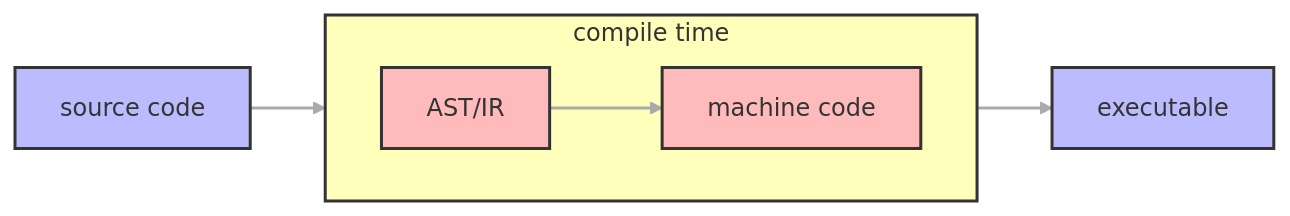
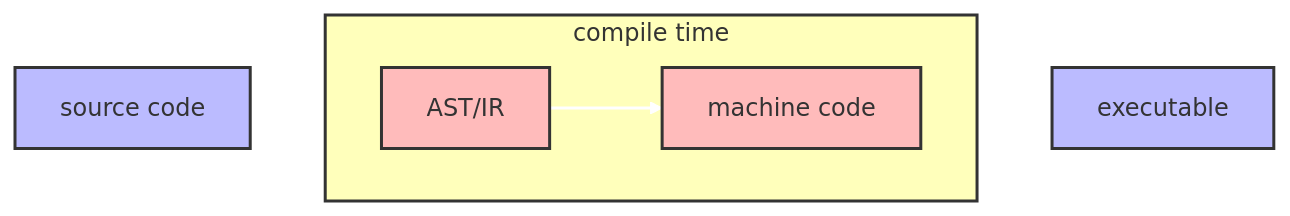
Before and after one commit to hannahkm/fosdem-2026: the eighth of 11 diagrams in presentation.md, drawn with Mermaid. The commit also changed other lines of this file and 6 other files, not shown here.

````diff
--- a/presentation.md
+++ b/presentation.md
@@ -913,16 +915,16 @@
 ```mermaid
 graph LR
     A[source code] --> B
     subgraph B[compile time]
         direction LR
         C[AST/IR] --> D[machine code]
     end
     B --> F[executable]
 
     style A fill:#bbf,stroke:#333,stroke-width:2px
     style B fill:#ffb,stroke:#333,stroke-width:2px
     style C fill:#fbb,stroke:#333,stroke-width:2px
     style D fill:#fbb,stroke:#333,stroke-width:2px
     style F fill:#bbf,stroke:#333,stroke-width:2px
-    linkStyle default stroke:#aaa,stroke-width:2px
+    linkStyle default stroke:#fff,stroke-width:2px
 ```
````
